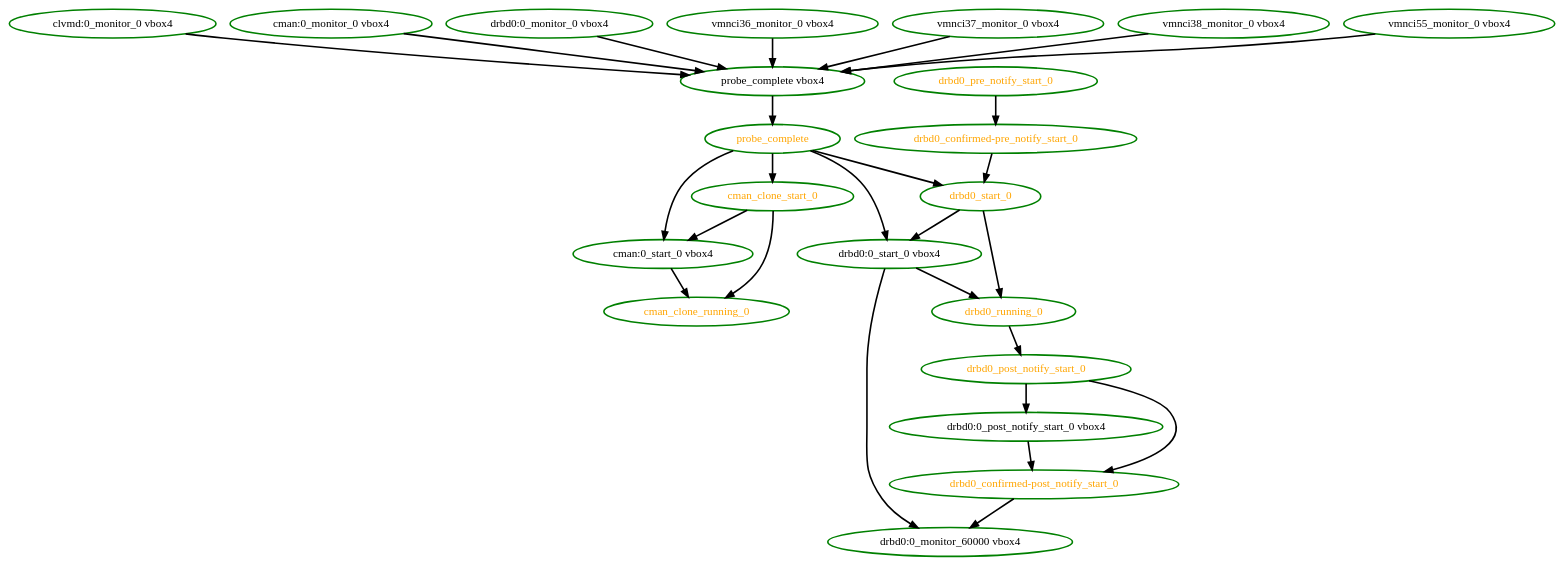
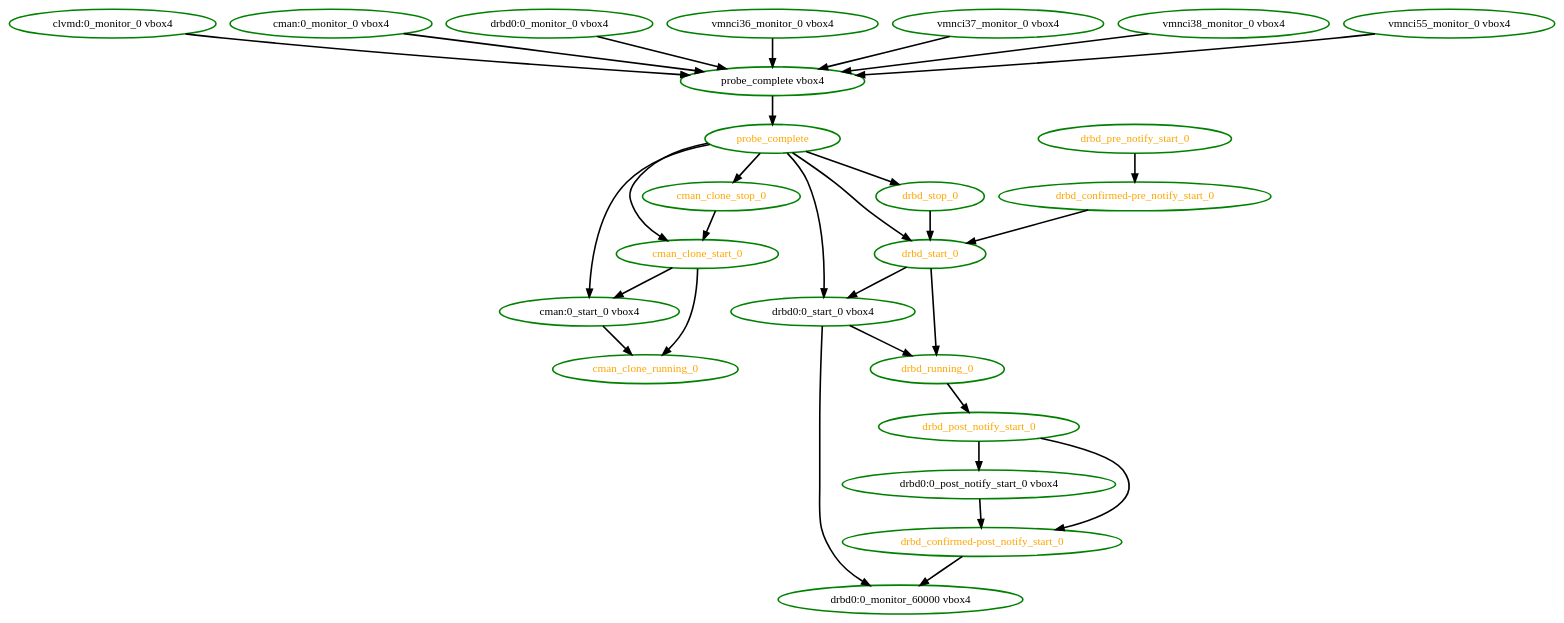
The diagram in pengine/testcases/master-depend.dot (linux-ha-japan/pm_diskd), drawn with Graphviz before and after one commit. The commit also changed 4 other files, not shown here.

```diff
--- a/pengine/testcases/master-depend.dot
+++ b/pengine/testcases/master-depend.dot
@@ -1,49 +1,55 @@
 digraph "g" {
 "clvmd:0_monitor_0 vbox4" -> "probe_complete vbox4" [ style = bold]
 "clvmd:0_monitor_0 vbox4" [ style=bold color="green" fontcolor="black"  ]
 "cman:0_monitor_0 vbox4" -> "probe_complete vbox4" [ style = bold]
 "cman:0_monitor_0 vbox4" [ style=bold color="green" fontcolor="black"  ]
 "cman:0_start_0 vbox4" -> "cman_clone_running_0" [ style = bold]
 "cman:0_start_0 vbox4" [ style=bold color="green" fontcolor="black"  ]
 "cman_clone_running_0" [ style=bold color="green" fontcolor="orange"  ]
 "cman_clone_start_0" -> "cman:0_start_0 vbox4" [ style = bold]
 "cman_clone_start_0" -> "cman_clone_running_0" [ style = bold]
 "cman_clone_start_0" [ style=bold color="green" fontcolor="orange"  ]
+"cman_clone_stop_0" -> "cman_clone_start_0" [ style = bold]
+"cman_clone_stop_0" [ style=bold color="green" fontcolor="orange"  ]
 "drbd0:0_monitor_0 vbox4" -> "probe_complete vbox4" [ style = bold]
 "drbd0:0_monitor_0 vbox4" [ style=bold color="green" fontcolor="black"  ]
 "drbd0:0_monitor_60000 vbox4" [ style=bold color="green" fontcolor="black"  ]
-"drbd0:0_post_notify_start_0 vbox4" -> "drbd0_confirmed-post_notify_start_0" [ style = bold]
+"drbd0:0_post_notify_start_0 vbox4" -> "drbd_confirmed-post_notify_start_0" [ style = bold]
 "drbd0:0_post_notify_start_0 vbox4" [ style=bold color="green" fontcolor="black"  ]
 "drbd0:0_start_0 vbox4" -> "drbd0:0_monitor_60000 vbox4" [ style = bold]
-"drbd0:0_start_0 vbox4" -> "drbd0_running_0" [ style = bold]
+"drbd0:0_start_0 vbox4" -> "drbd_running_0" [ style = bold]
 "drbd0:0_start_0 vbox4" [ style=bold color="green" fontcolor="black"  ]
-"drbd0_confirmed-post_notify_start_0" -> "drbd0:0_monitor_60000 vbox4" [ style = bold]
-"drbd0_confirmed-post_notify_start_0" [ style=bold color="green" fontcolor="orange"  ]
-"drbd0_confirmed-pre_notify_start_0" -> "drbd0_start_0" [ style = bold]
-"drbd0_confirmed-pre_notify_start_0" [ style=bold color="green" fontcolor="orange"  ]
-"drbd0_post_notify_start_0" -> "drbd0:0_post_notify_start_0 vbox4" [ style = bold]
-"drbd0_post_notify_start_0" -> "drbd0_confirmed-post_notify_start_0" [ style = bold]
-"drbd0_post_notify_start_0" [ style=bold color="green" fontcolor="orange"  ]
-"drbd0_pre_notify_start_0" -> "drbd0_confirmed-pre_notify_start_0" [ style = bold]
-"drbd0_pre_notify_start_0" [ style=bold color="green" fontcolor="orange"  ]
-"drbd0_running_0" -> "drbd0_post_notify_start_0" [ style = bold]
-"drbd0_running_0" [ style=bold color="green" fontcolor="orange"  ]
-"drbd0_start_0" -> "drbd0:0_start_0 vbox4" [ style = bold]
-"drbd0_start_0" -> "drbd0_running_0" [ style = bold]
-"drbd0_start_0" [ style=bold color="green" fontcolor="orange"  ]
+"drbd_confirmed-post_notify_start_0" -> "drbd0:0_monitor_60000 vbox4" [ style = bold]
+"drbd_confirmed-post_notify_start_0" [ style=bold color="green" fontcolor="orange"  ]
+"drbd_confirmed-pre_notify_start_0" -> "drbd_start_0" [ style = bold]
+"drbd_confirmed-pre_notify_start_0" [ style=bold color="green" fontcolor="orange"  ]
+"drbd_post_notify_start_0" -> "drbd0:0_post_notify_start_0 vbox4" [ style = bold]
+"drbd_post_notify_start_0" -> "drbd_confirmed-post_notify_start_0" [ style = bold]
+"drbd_post_notify_start_0" [ style=bold color="green" fontcolor="orange"  ]
+"drbd_pre_notify_start_0" -> "drbd_confirmed-pre_notify_start_0" [ style = bold]
+"drbd_pre_notify_start_0" [ style=bold color="green" fontcolor="orange"  ]
+"drbd_running_0" -> "drbd_post_notify_start_0" [ style = bold]
+"drbd_running_0" [ style=bold color="green" fontcolor="orange"  ]
+"drbd_start_0" -> "drbd0:0_start_0 vbox4" [ style = bold]
+"drbd_start_0" -> "drbd_running_0" [ style = bold]
+"drbd_start_0" [ style=bold color="green" fontcolor="orange"  ]
+"drbd_stop_0" -> "drbd_start_0" [ style = bold]
+"drbd_stop_0" [ style=bold color="green" fontcolor="orange"  ]
 "probe_complete vbox4" -> "probe_complete" [ style = bold]
 "probe_complete vbox4" [ style=bold color="green" fontcolor="black"  ]
 "probe_complete" -> "cman:0_start_0 vbox4" [ style = bold]
 "probe_complete" -> "cman_clone_start_0" [ style = bold]
+"probe_complete" -> "cman_clone_stop_0" [ style = bold]
 "probe_complete" -> "drbd0:0_start_0 vbox4" [ style = bold]
-"probe_complete" -> "drbd0_start_0" [ style = bold]
+"probe_complete" -> "drbd_start_0" [ style = bold]
+"probe_complete" -> "drbd_stop_0" [ style = bold]
 "probe_complete" [ style=bold color="green" fontcolor="orange"  ]
 "vmnci36_monitor_0 vbox4" -> "probe_complete vbox4" [ style = bold]
 "vmnci36_monitor_0 vbox4" [ style=bold color="green" fontcolor="black"  ]
 "vmnci37_monitor_0 vbox4" -> "probe_complete vbox4" [ style = bold]
 "vmnci37_monitor_0 vbox4" [ style=bold color="green" fontcolor="black"  ]
 "vmnci38_monitor_0 vbox4" -> "probe_complete vbox4" [ style = bold]
 "vmnci38_monitor_0 vbox4" [ style=bold color="green" fontcolor="black"  ]
 "vmnci55_monitor_0 vbox4" -> "probe_complete vbox4" [ style = bold]
 "vmnci55_monitor_0 vbox4" [ style=bold color="green" fontcolor="black"  ]
 }
```
